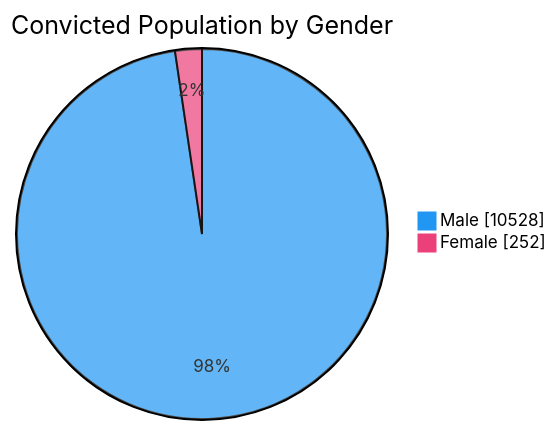
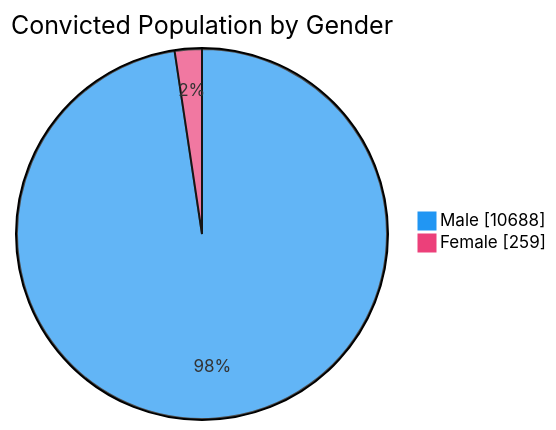
One commit to nuuuwan/lk_prisons changed the third of 7 diagrams in README.md. Above: the diagram before and after it, drawn with Mermaid. The commit also changed other lines of this file and 1 other file, not shown here.

````diff
--- a/README.md
+++ b/README.md
@@ -65,6 +65,6 @@
 ```mermaid
 %%{init: {'themeVariables': {'pie1': '#2196F3', 'pie2': '#EC407A'}}}%%
 pie showData title Convicted Population by Gender
-    "Male" : 10528
-    "Female" : 252
+    "Male" : 10688
+    "Female" : 259
 ```
````
